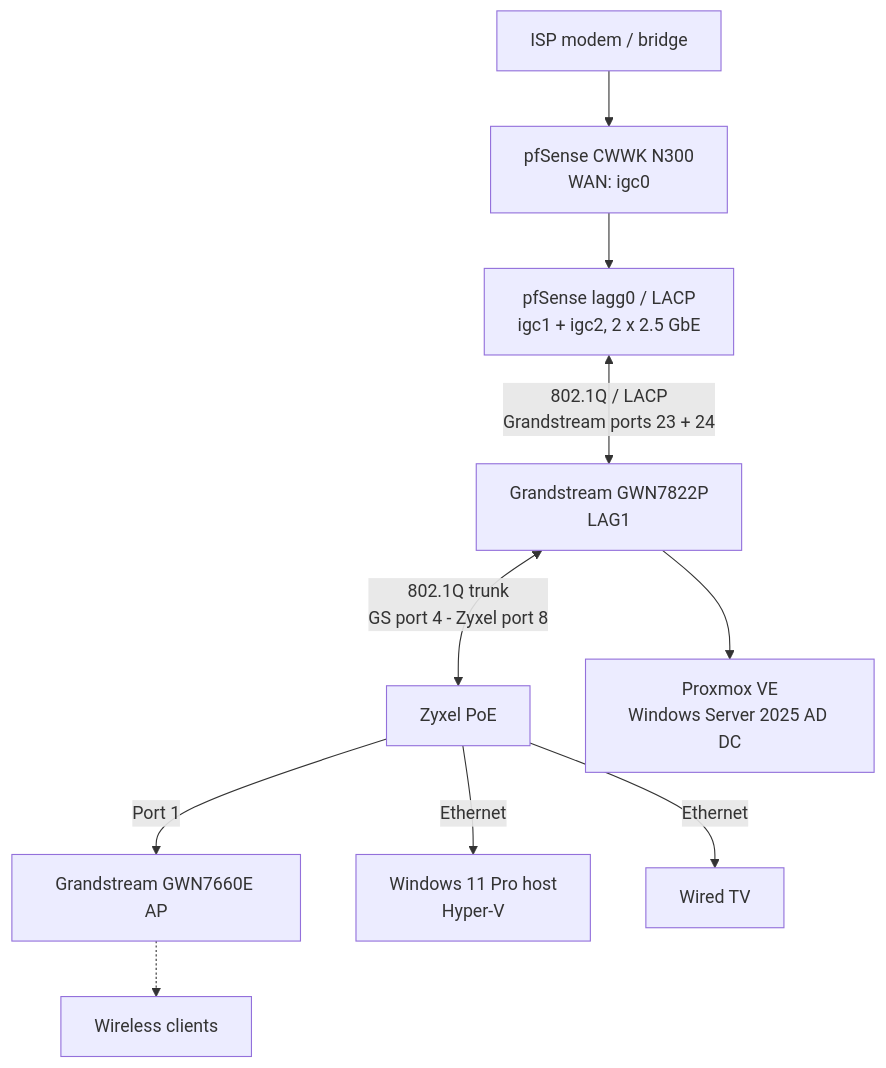
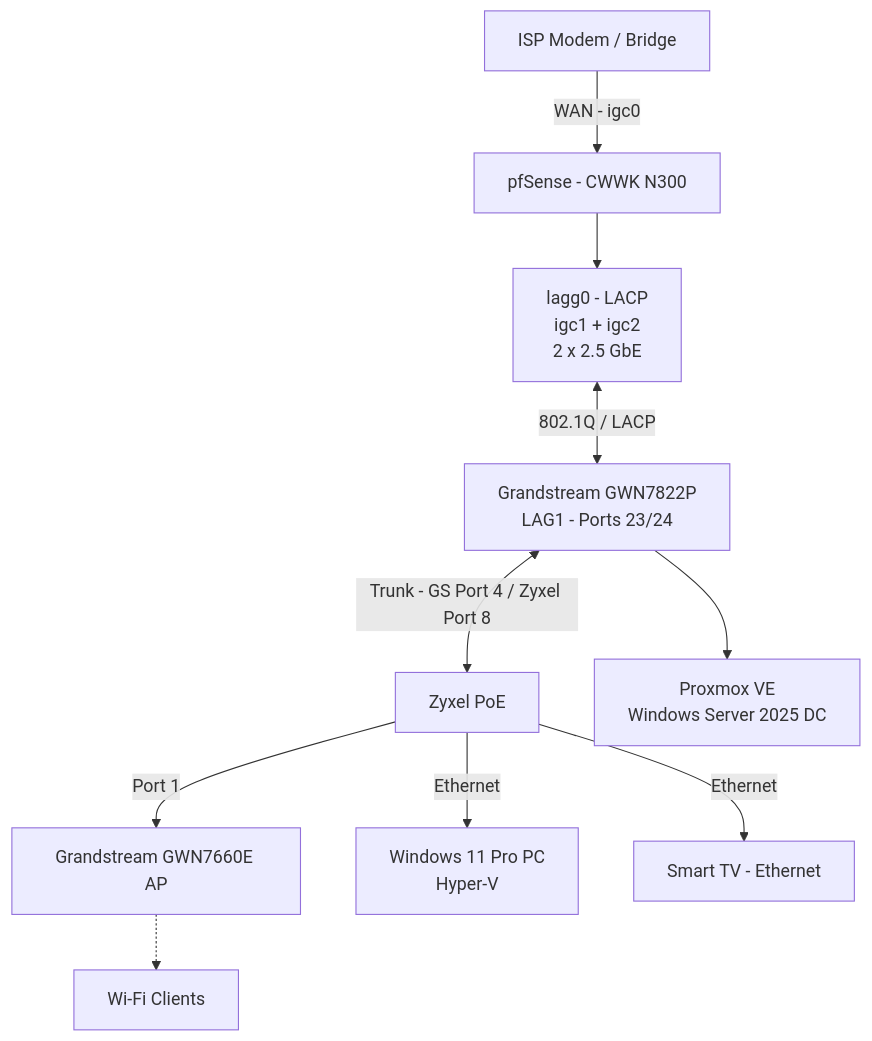
The diagram in Troubleshooting/2026-11-08-network-instability/README.md (Cypherlab777/Homelab), drawn with Mermaid before and after one commit. The commit also changed other lines of this file, not shown here.

````diff
--- a/Troubleshooting/2026-11-08-network-instability/README.md
+++ b/Troubleshooting/2026-11-08-network-instability/README.md
@@ -16,12 +45,23 @@
 ```mermaid
 flowchart TD
-    ISP[ISP modem / bridge] --> WAN[pfSense CWWK N300\nWAN: igc0]
-    WAN --> LAG[pfSense lagg0 / LACP\nigc1 + igc2, 2 x 2.5 GbE]
-    LAG <-->|802.1Q / LACP\nGrandstream ports 23 + 24| GS[Grandstream GWN7822P\nLAG1]
-    GS <-->|802.1Q trunk\nGS port 4 - Zyxel port 8| ZX[Zyxel PoE]
-    ZX -->|Port 1| AP[Grandstream GWN7660E AP]
-    ZX -->|Ethernet| DESK[Windows 11 Pro host\nHyper-V]
-    ZX -->|Ethernet| TV[Wired TV]
-    AP -.-> WIFI[Wireless clients]
-    GS --> PVE[Proxmox VE\nWindows Server 2025 AD DC]
+    ISP["ISP Modem / Bridge"]
+    PFS["pfSense - CWWK N300"]
+    LAG["lagg0 - LACP<br/>igc1 + igc2<br/>2 x 2.5 GbE"]
+    GS["Grandstream GWN7822P<br/>LAG1 - Ports 23/24"]
+    ZX["Zyxel PoE"]
+    AP["Grandstream GWN7660E AP"]
+    PC["Windows 11 Pro PC<br/>Hyper-V"]
+    TV["Smart TV - Ethernet"]
+    WIFI["Wi-Fi Clients"]
+    PVE["Proxmox VE<br/>Windows Server 2025 DC"]
+
+    ISP -->|"WAN - igc0"| PFS
+    PFS --> LAG
+    LAG <-->|"802.1Q / LACP"| GS
+    GS <-->|"Trunk - GS Port 4 / Zyxel Port 8"| ZX
+    ZX -->|"Port 1"| AP
+    ZX -->|"Ethernet"| PC
+    ZX -->|"Ethernet"| TV
+    AP -.-> WIFI
+    GS --> PVE
 ```
````
